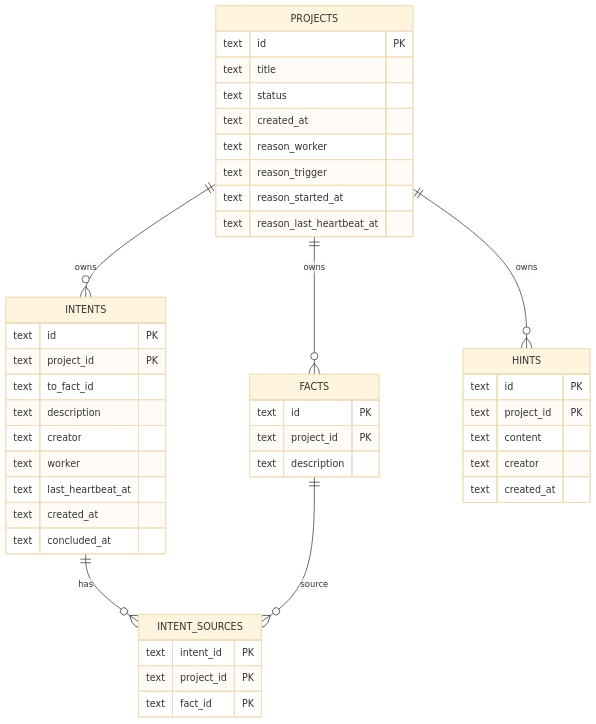
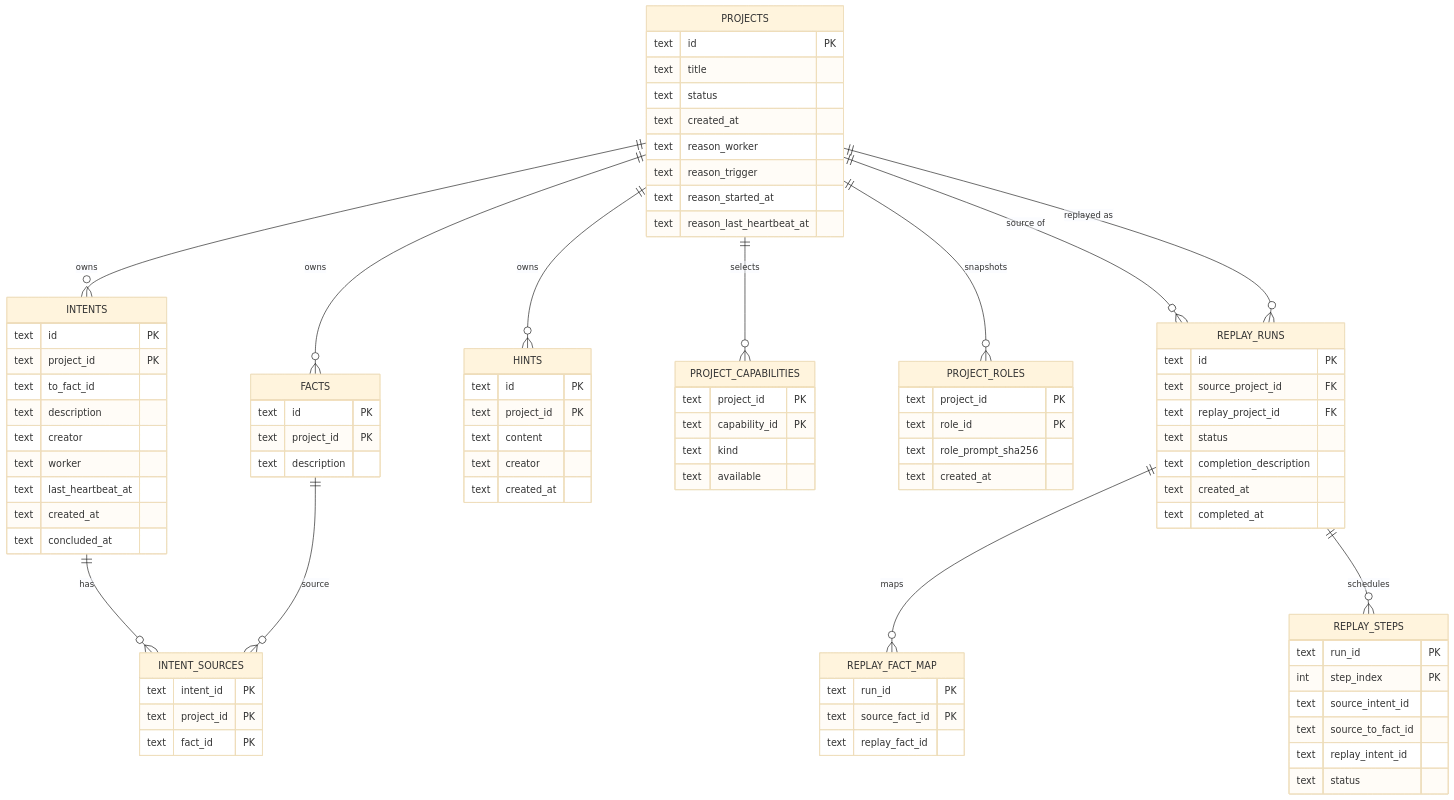
The diagram in AI/CODEBASE_ANALYSIS.md (j7ur8/Cairn), drawn with Mermaid (base theme) before and after one commit. The commit also changed other lines of this file and 27 other files, not shown here.

````diff
--- a/AI/CODEBASE_ANALYSIS.md
+++ b/AI/CODEBASE_ANALYSIS.md
@@ -38,8 +38,14 @@
     PROJECTS ||--o{ FACTS : owns
     PROJECTS ||--o{ INTENTS : owns
     PROJECTS ||--o{ HINTS : owns
+    PROJECTS ||--o{ PROJECT_CAPABILITIES : "selects"
+    PROJECTS ||--o{ PROJECT_ROLES : "snapshots"
+    PROJECTS ||--o{ REPLAY_RUNS : "source of"
+    PROJECTS ||--o{ REPLAY_RUNS : "replayed as"
     INTENTS ||--o{ INTENT_SOURCES : has
     FACTS ||--o{ INTENT_SOURCES : source
+    REPLAY_RUNS ||--o{ REPLAY_FACT_MAP : "maps"
+    REPLAY_RUNS ||--o{ REPLAY_STEPS : "schedules"
 
     PROJECTS {
         text id PK
@@ -83,4 +89,43 @@
         text creator
         text created_at
     }
+
+    PROJECT_CAPABILITIES {
+        text project_id PK
+        text capability_id PK
+        text kind
+        text available
+    }
+
+    PROJECT_ROLES {
+        text project_id PK
+        text role_id PK
+        text role_prompt_sha256
+        text created_at
+    }
+
+    REPLAY_RUNS {
+        text id PK
+        text source_project_id FK
+        text replay_project_id FK
+        text status
+        text completion_description
+        text created_at
+        text completed_at
+    }
+
+    REPLAY_FACT_MAP {
+        text run_id PK
+        text source_fact_id PK
+        text replay_fact_id
+    }
+
+    REPLAY_STEPS {
+        text run_id PK
+        int step_index PK
+        text source_intent_id
+        text source_to_fact_id
+        text replay_intent_id
+        text status
+    }
 ```
````
